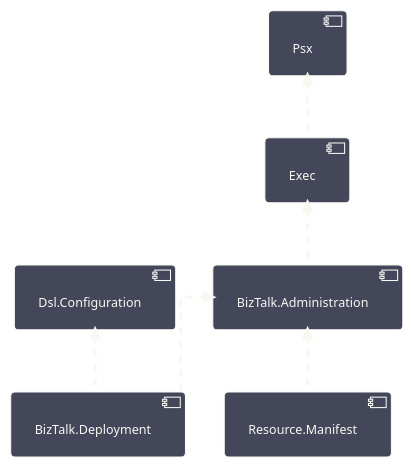
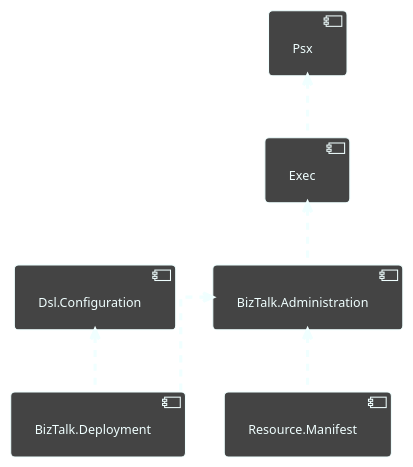
One commit to icraftsoftware/biztalk.factory.github.io changed the diagram in PowerShell/Module/ComponentModel.puml. Above: the diagram before and after it, drawn with PlantUML. The commit also changed 2865 other files, not shown here.

```diff
--- a/PowerShell/Module/ComponentModel.puml
+++ b/PowerShell/Module/ComponentModel.puml
@@ -1,30 +1,35 @@
 @startuml
 !theme metal
-'skinparam BackgroundColor #282a36
-skinparam ArrowColor #f8f8f2
+'skinparam BackgroundColor #333333
 skinparam LineType ortho
-skinparam ComponentBackgroundColor #44475a
-skinparam ComponentBorderColor #f8f8f2
-skinparam ComponentFontColor #f8f8f2
+skinparam Arrow {
+  Color #F0FFFF
+  FontColor #F0FFFF
+}
+skinparam Component {
+  BackgroundColor #444444
+  BorderColor #F0FFFF
+  FontColor #F0FFFF
+}
 [Dsl.Configuration]
 '[Gac]
 '[InvokeBuild]
 '[SqlServer]
 [Psx]
 [Exec]
    Exec .u.> Psx
 [BizTalk.Administration]
    BizTalk.Administration .u.> Exec
 '   BizTalk.Administration .u.> Psx
 [Resource.Manifest]
    Resource.Manifest .u.> BizTalk.Administration
 '   Resource.Manifest .u.> Psx
 [BizTalk.Deployment]
    BizTalk.Deployment .u.> BizTalk.Administration
    BizTalk.Deployment .u.> Dsl.Configuration
 '   BizTalk.Deployment .u.> Exec
 '   BizTalk.Deployment .u.> Gac
 '   BizTalk.Deployment .u.> InvokeBuild
 '   BizTalk.Deployment .u.> Psx
 '   BizTalk.Deployment .u.> SqlServer
 @enduml
```
